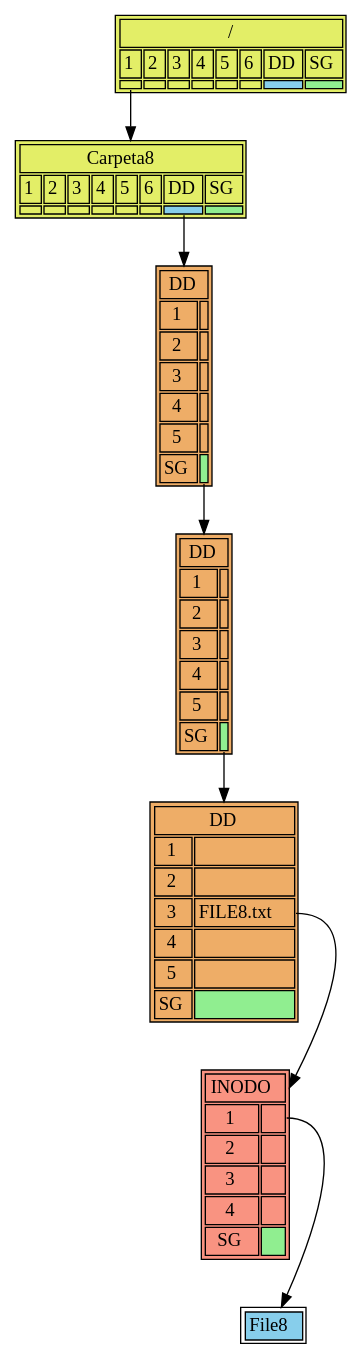
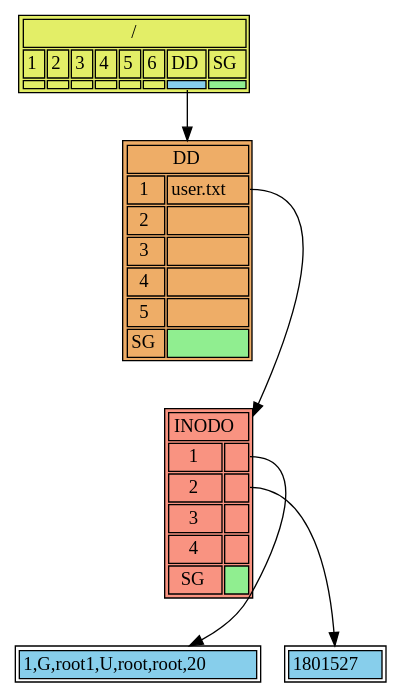
Before and after one commit to RandyCan2000/MIAProyecto1_201801527: the diagram in Assets/TreeFile.dot, drawn with Graphviz. The commit also changed 14 other files, not shown here.

```diff
--- a/Assets/TreeFile.dot
+++ b/Assets/TreeFile.dot
@@ -1,96 +1,51 @@
 digraph g{
-		node [shape=plain]AVD0 [label=<
+		node [shape=plain]AVD35 [label=<
 <TABLE BGCOLOR="#E3EE67">
 <TR><TD colspan="8">/</TD></TR>
 <TR>
 	<TD >1</TD>
 	<TD >2</TD>
 	<TD >3</TD>
 	<TD >4</TD>
 	<TD >5</TD>
 	<TD >6</TD>
 	<TD >DD</TD>
 	<TD >SG</TD>
 	</TR>
   
 	<TR>
 	<TD port="1"></TD>
 	<TD port="2"></TD>
 	<TD port="3"></TD>
 	<TD port="4"></TD>
 	<TD port="5"></TD>
 	<TD port="6"></TD>
 	<TD port="7" bgcolor="skyblue"></TD>
 	<TD port="8" bgcolor="lightgreen"></TD>
 	</TR>
 	</TABLE>
 >];
-AVD1 [label=<
-<TABLE BGCOLOR="#E3EE67">
-<TR><TD colspan="8">Carpeta8</TD></TR>
-<TR>
-	<TD >1</TD>
-	<TD >2</TD>
-	<TD >3</TD>
-	<TD >4</TD>
-	<TD >5</TD>
-	<TD >6</TD>
-	<TD >DD</TD>
-	<TD >SG</TD>
-	</TR>
-  
-	<TR>
-	<TD port="1"></TD>
-	<TD port="2"></TD>
-	<TD port="3"></TD>
-	<TD port="4"></TD>
-	<TD port="5"></TD>
-	<TD port="6"></TD>
-	<TD port="7" bgcolor="skyblue"></TD>
-	<TD port="8" bgcolor="lightgreen"></TD>
-	</TR>
-	</TABLE>
->];
-BLOQUE1 [label=<<TABLE><TR><TD bgcolor="skyblue">File8</TD></TR></TABLE>>];
+BLOQUE1 [label=<<TABLE><TR><TD bgcolor="skyblue">1,G,root
+1,U,root,root,20</TD></TR></TABLE>>];
+BLOQUE2 [label=<<TABLE><TR><TD bgcolor="skyblue">1801527
+</TD></TR></TABLE>>];
 Inodo1 [label=<<TABLE BGCOLOR="#F99381"><TR><TD colspan="2">INODO</TD></TR>
 <TR><TD >1</TD><TD port="1"></TD></TR>
 	<TR><TD >2</TD><TD port="2"></TD></TR>
 	<TR><TD >3</TD><TD port="3"></TD></TR>
 	<TR><TD >4</TD><TD port="4"></TD></TR>
 	<TR><TD >SG</TD><TD port="5" bgcolor="lightgreen"></TD></TR>\n</TABLE>>];
 Inodo1:1->BLOQUE1
-DD2 [label=<
+Inodo1:2->BLOQUE2
+DD0 [label=<
 <TABLE BGCOLOR="#EEAD67">
 <TR><TD colspan="2">DD</TD></TR>
-<TR><TD >1</TD><TD port="1"></TD></TR>
-	<TR><TD >2</TD><TD port="2"></TD></TR>
-	<TR><TD >3</TD><TD port="3">FILE8.txt</TD></TR>
-	<TR><TD >4</TD><TD port="4"></TD></TR>
-	<TR><TD >5</TD><TD port="5"></TD></TR>
-	<TR><TD >SG</TD><TD port="6" bgcolor="lightgreen"></TD></TR>\n</TABLE>
->];
-DD2:3->Inodo1
-DD1 [label=<
-<TABLE BGCOLOR="#EEAD67">
-<TR><TD colspan="2">DD</TD></TR>
-<TR><TD >1</TD><TD port="1"></TD></TR>
+<TR><TD >1</TD><TD port="1">user.txt</TD></TR>
 	<TR><TD >2</TD><TD port="2"></TD></TR>
 	<TR><TD >3</TD><TD port="3"></TD></TR>
 	<TR><TD >4</TD><TD port="4"></TD></TR>
 	<TR><TD >5</TD><TD port="5"></TD></TR>
 	<TR><TD >SG</TD><TD port="6" bgcolor="lightgreen"></TD></TR>\n</TABLE>
 >];
-DD1:6->DD2
-DD0 [label=<
-<TABLE BGCOLOR="#EEAD67">
-<TR><TD colspan="2">DD</TD></TR>
-<TR><TD >1</TD><TD port="1"></TD></TR>
-	<TR><TD >2</TD><TD port="2"></TD></TR>
-	<TR><TD >3</TD><TD port="3"></TD></TR>
-	<TR><TD >4</TD><TD port="4"></TD></TR>
-	<TR><TD >5</TD><TD port="5"></TD></TR>
-	<TR><TD >SG</TD><TD port="6" bgcolor="lightgreen"></TD></TR>\n</TABLE>
->];
-DD0:6->DD1
-AVD1:7->DD0
-AVD0:1->AVD1}
+DD0:1->Inodo1
+AVD35:7->DD0}
```
